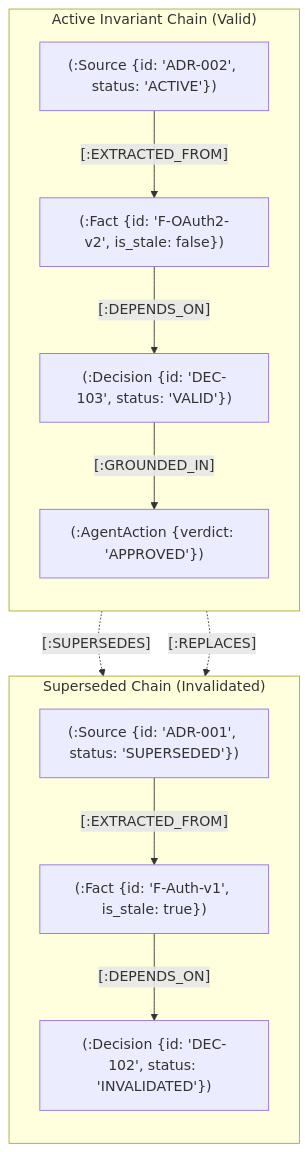
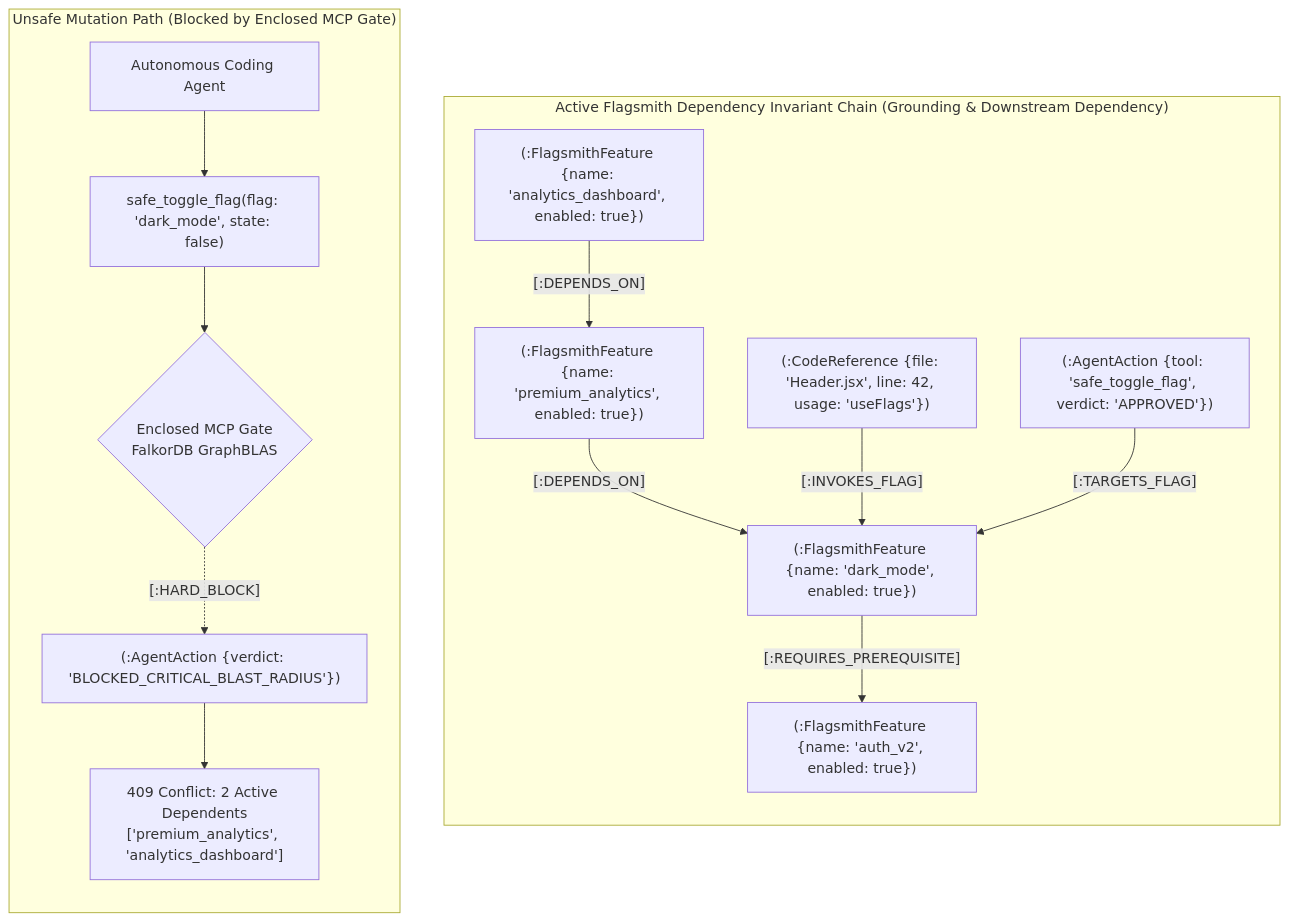
The first of 6 diagrams in README.md (CAVDAX/CAVDAX-FlagSmith), drawn with Mermaid before and after one commit. The commit also changed other lines of this file and 20 other files, not shown here.

````diff
--- a/README.md
+++ b/README.md
@@ -247,27 +283,32 @@
 ```mermaid
 graph TD
-    subgraph Active_Path["Active Invariant Chain (Valid)"]
+    subgraph Active_Path["Active Flagsmith Dependency Invariant Chain (Grounding & Downstream Dependency)"]
         direction TB
-        S2["(:Source {id: 'ADR-002', status: 'ACTIVE'})"]
-        F2["(:Fact {id: 'F-OAuth2-v2', is_stale: false})"]
-        D2["(:Decision {id: 'DEC-103', status: 'VALID'})"]
-        A1["(:AgentAction {verdict: 'APPROVED'})"]
+        F1["(:FlagsmithFeature {name: 'auth_v2', enabled: true})"]
+        F2["(:FlagsmithFeature {name: 'dark_mode', enabled: true})"]
+        F3["(:FlagsmithFeature {name: 'premium_analytics', enabled: true})"]
+        F4["(:FlagsmithFeature {name: 'analytics_dashboard', enabled: true})"]
+        CR["(:CodeReference {file: 'Header.jsx', line: 42, usage: 'useFlags'})"]
+        A1["(:AgentAction {tool: 'safe_toggle_flag', verdict: 'APPROVED'})"]
 
-        S2 -- "[:EXTRACTED_FROM]" --> F2
-        F2 -- "[:DEPENDS_ON]" --> D2
-        D2 -- "[:GROUNDED_IN]" --> A1
+        F2 -- "[:REQUIRES_PREREQUISITE]" --> F1
+        F3 -- "[:DEPENDS_ON]" --> F2
+        F4 -- "[:DEPENDS_ON]" --> F3
+        CR -- "[:INVOKES_FLAG]" --> F2
+        A1 -- "[:TARGETS_FLAG]" --> F2
     end
 
-    subgraph Stale_Path["Superseded Chain (Invalidated)"]
+    subgraph Blocked_Path["Unsafe Mutation Path (Blocked by Enclosed MCP Gate)"]
         direction TB
-        S1["(:Source {id: 'ADR-001', status: 'SUPERSEDED'})"]
-        F1["(:Fact {id: 'F-Auth-v1', is_stale: true})"]
-        D1["(:Decision {id: 'DEC-102', status: 'INVALIDATED'})"]
+        Agent["Autonomous Coding Agent"]
+        Mutate["safe_toggle_flag(flag: 'dark_mode', state: false)"]
+        Gate{"Enclosed MCP Gate<br/>FalkorDB GraphBLAS"}
+        BlockedAction["(:AgentAction {verdict: 'BLOCKED_CRITICAL_BLAST_RADIUS'})"]
+        ViolationReport["409 Conflict: 2 Active Dependents<br/>['premium_analytics', 'analytics_dashboard']"]
 
-        S1 -- "[:EXTRACTED_FROM]" --> F1
-        F1 -- "[:DEPENDS_ON]" --> D1
+        Agent --> Mutate
+        Mutate --> Gate
+        Gate -. "[:HARD_BLOCK]" .-> BlockedAction
+        BlockedAction --> ViolationReport
     end
-
-    S2 -. "[:SUPERSEDES]" .-> S1
-    D2 -. "[:REPLACES]" .-> D1
 ```
````
